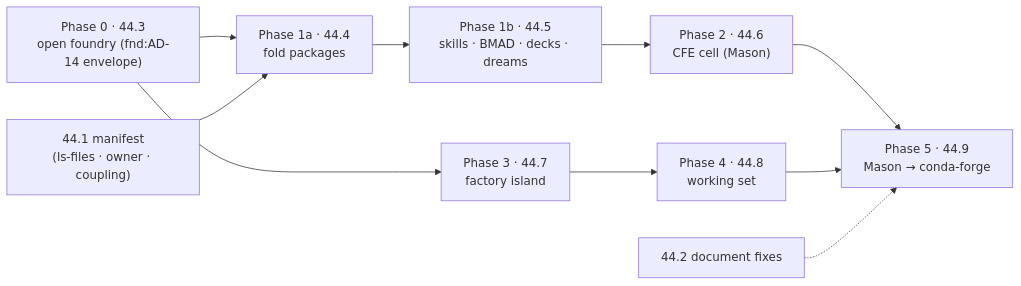
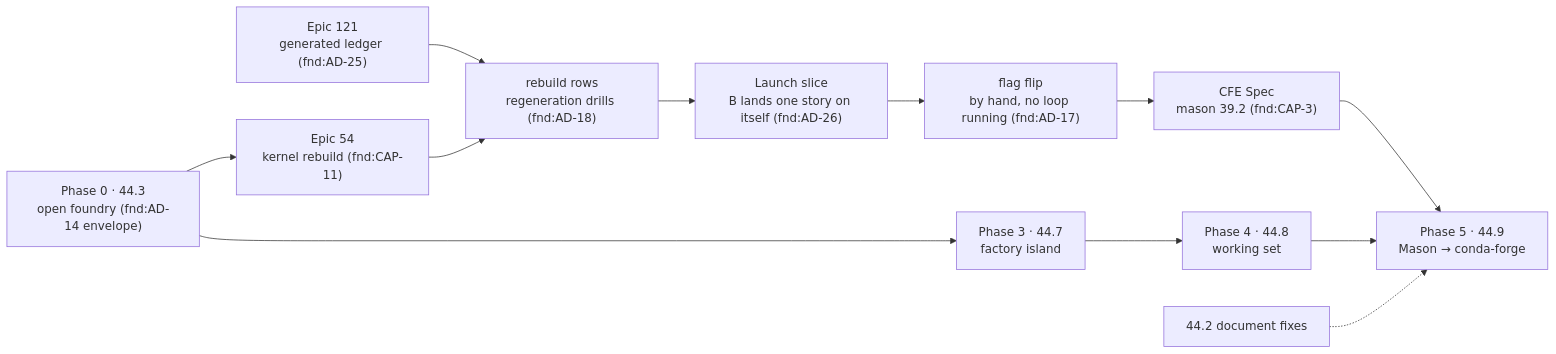
One commit to rxm7706/local-recipes changed the fifth of 11 diagrams in _bmad-output/projects/pyforge-steward/planning-artifacts/architecture/architecture-pyforge-steward-2026-07-25/ARCHITECTURE-SPINE.md. Above: the diagram before and after it, drawn with Mermaid. The commit also changed other lines of this file and 50 other files, not shown here.

````diff
--- a/_bmad-output/projects/pyforge-steward/planning-artifacts/architecture/architecture-pyforge-steward-2026-07-25/ARCHITECTURE-SPINE.md
+++ b/_bmad-output/projects/pyforge-steward/planning-artifacts/architecture/architecture-pyforge-steward-2026-07-25/ARCHITECTURE-SPINE.md
@@ -867,12 +875,14 @@
 ```mermaid
 flowchart LR
-  P0["Phase 0 · 44.3<br/>open foundry (fnd:AD-14 envelope)"] --> P1a["Phase 1a · 44.4<br/>fold packages"]
-  M["44.1 manifest<br/>(ls-files · owner · coupling)"] --> P1a
-  P1a --> P1b["Phase 1b · 44.5<br/>skills · BMAD · decks · dreams"]
-  P1b --> P2["Phase 2 · 44.6<br/>CFE cell (Mason)"]
+  P0["Phase 0 · 44.3<br/>open foundry (fnd:AD-14 envelope)"] --> K["Epic 54<br/>kernel rebuild (fnd:CAP-11)"]
+  L["Epic 121<br/>generated ledger (fnd:AD-25)"] --> R["rebuild rows<br/>regeneration drills (fnd:AD-18)"]
+  K --> R
+  R --> LS["Launch slice<br/>B lands one story on itself (fnd:AD-26)"]
+  LS --> F["flag flip<br/>by hand, no loop running (fnd:AD-17)"]
   P0 --> P3["Phase 3 · 44.7<br/>factory island"]
   P3 --> P4["Phase 4 · 44.8<br/>working set"]
-  P2 --> P5["Phase 5 · 44.9<br/>Mason → conda-forge"]
+  F --> C["CFE Spec<br/>mason 39.2 (fnd:CAP-3)"]
+  C --> P5["Phase 5 · 44.9<br/>Mason → conda-forge"]
   P4 --> P5
   D["44.2 document fixes"] -.-> P5
 ```
````
